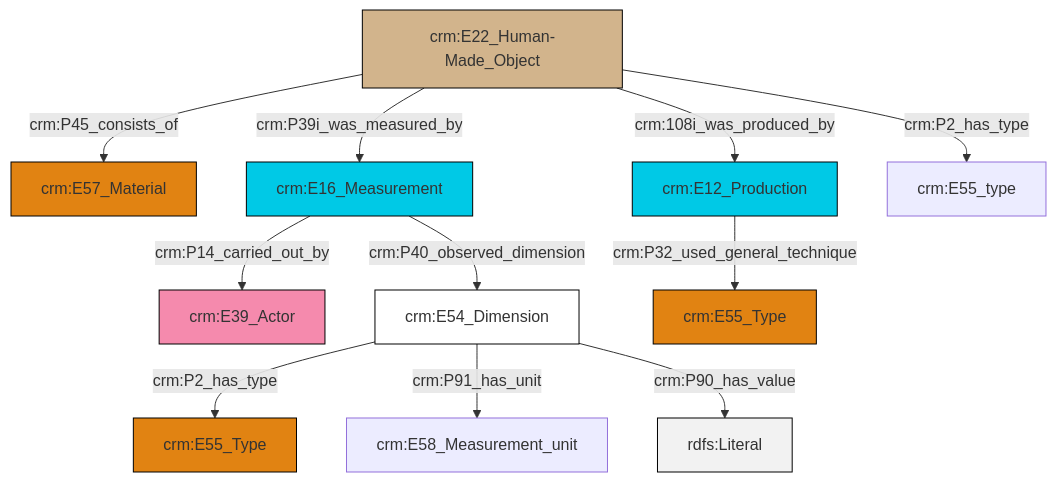
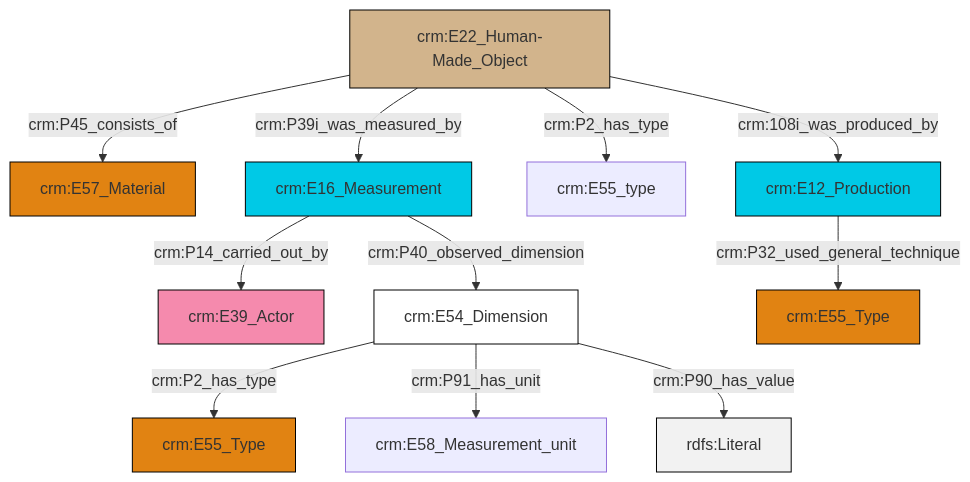
Before and after one commit to swiss-art-research-net/docs.swissartresearch: the diagram in et/artworkCSV/ttl/mmd/Artwork_substance.ttl.mmd, drawn with Mermaid. The commit also changed 179 other files, not shown here.

```diff
--- a/et/artworkCSV/ttl/mmd/Artwork_substance.ttl.mmd
+++ b/et/artworkCSV/ttl/mmd/Artwork_substance.ttl.mmd
@@ -1,25 +1,25 @@
 graph TD
 classDef Literal fill:#f2f2f2,stroke:#000000;
 classDef CRM_Entity fill:#FFFFFF,stroke:#000000;
 classDef Temporal_Entity fill:#00C9E6, stroke:#000000;
 classDef Type fill:#E18312, stroke:#000000;
 classDef Time-Span fill:#2C9C91, stroke:#000000;
 classDef Appellation fill:#FFEB7F, stroke:#000000;
 classDef Place fill:#008836, stroke:#000000;
 classDef Persistent_Item fill:#B266B2, stroke:#000000;
 classDef Conceptual_Object fill:#FFD700, stroke:#000000;
 classDef Physical_Thing fill:#D2B48C, stroke:#000000;
 classDef Actor fill:#f58aad, stroke:#000000;
 classDef PC_Classes fill:#4ce600, stroke:#000000;
 classDef Multi fill:#cccccc,stroke:#000000;
 
-6["crm:E54_Dimension"]:::CRM_Entity -->|crm:P2_has_type| 7["crm:E55_Type"]:::Type
-6["crm:E54_Dimension"]:::CRM_Entity -->|crm:P91_has_unit| 4["crm:E58_Measurement_unit"]:::Default
-6["crm:E54_Dimension"]:::CRM_Entity -->|crm:P90_has_value| 10[rdfs:Literal]:::Literal
-11["crm:E16_Measurement"]:::Temporal_Entity -->|crm:P14_carried_out_by| 0["crm:E39_Actor"]:::Actor
-16["crm:E22_Human-Made_Object"]:::Physical_Thing -->|crm:P39i_was_measured_by| 11["crm:E16_Measurement"]:::Temporal_Entity
-11["crm:E16_Measurement"]:::Temporal_Entity -->|crm:P40_observed_dimension| 6["crm:E54_Dimension"]:::CRM_Entity
-16["crm:E22_Human-Made_Object"]:::Physical_Thing -->|crm:P2_has_type| 17["crm:E55_type"]:::Default
-16["crm:E22_Human-Made_Object"]:::Physical_Thing -->|crm:P45_consists_of| 2["crm:E57_Material"]:::Type
-13["crm:E12_Production"]:::Temporal_Entity -->|crm:P32_used_general_technique| 8["crm:E55_Type"]:::Type
-16["crm:E22_Human-Made_Object"]:::Physical_Thing -->|crm:108i_was_produced_by| 13["crm:E12_Production"]:::Temporal_Entity
+0["crm:E22_Human-Made_Object"]:::Physical_Thing -->|crm:P45_consists_of| 1["crm:E57_Material"]:::Type
+2["crm:E54_Dimension"]:::CRM_Entity -->|crm:P2_has_type| 3["crm:E55_Type"]:::Type
+2["crm:E54_Dimension"]:::CRM_Entity -->|crm:P91_has_unit| 5["crm:E58_Measurement_unit"]:::Default
+6["crm:E12_Production"]:::Temporal_Entity -->|crm:P32_used_general_technique| 7["crm:E55_Type"]:::Type
+0["crm:E22_Human-Made_Object"]:::Physical_Thing -->|crm:P39i_was_measured_by| 11["crm:E16_Measurement"]:::Temporal_Entity
+11["crm:E16_Measurement"]:::Temporal_Entity -->|crm:P14_carried_out_by| 8["crm:E39_Actor"]:::Actor
+0["crm:E22_Human-Made_Object"]:::Physical_Thing -->|crm:P2_has_type| 12["crm:E55_type"]:::Default
+0["crm:E22_Human-Made_Object"]:::Physical_Thing -->|crm:108i_was_produced_by| 6["crm:E12_Production"]:::Temporal_Entity
+2["crm:E54_Dimension"]:::CRM_Entity -->|crm:P90_has_value| 19[rdfs:Literal]:::Literal
+11["crm:E16_Measurement"]:::Temporal_Entity -->|crm:P40_observed_dimension| 2["crm:E54_Dimension"]:::CRM_Entity
```
